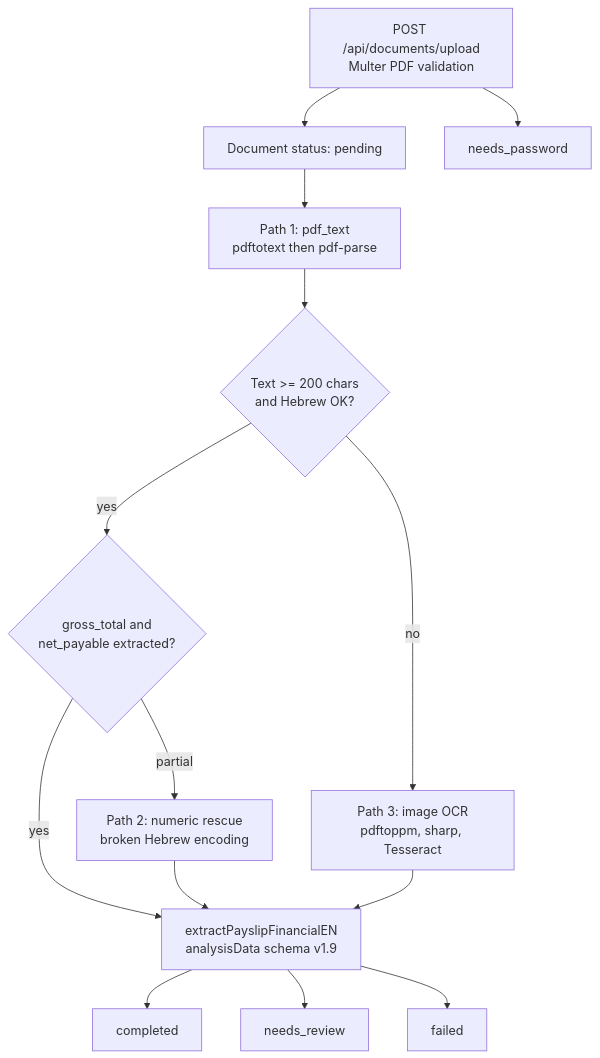
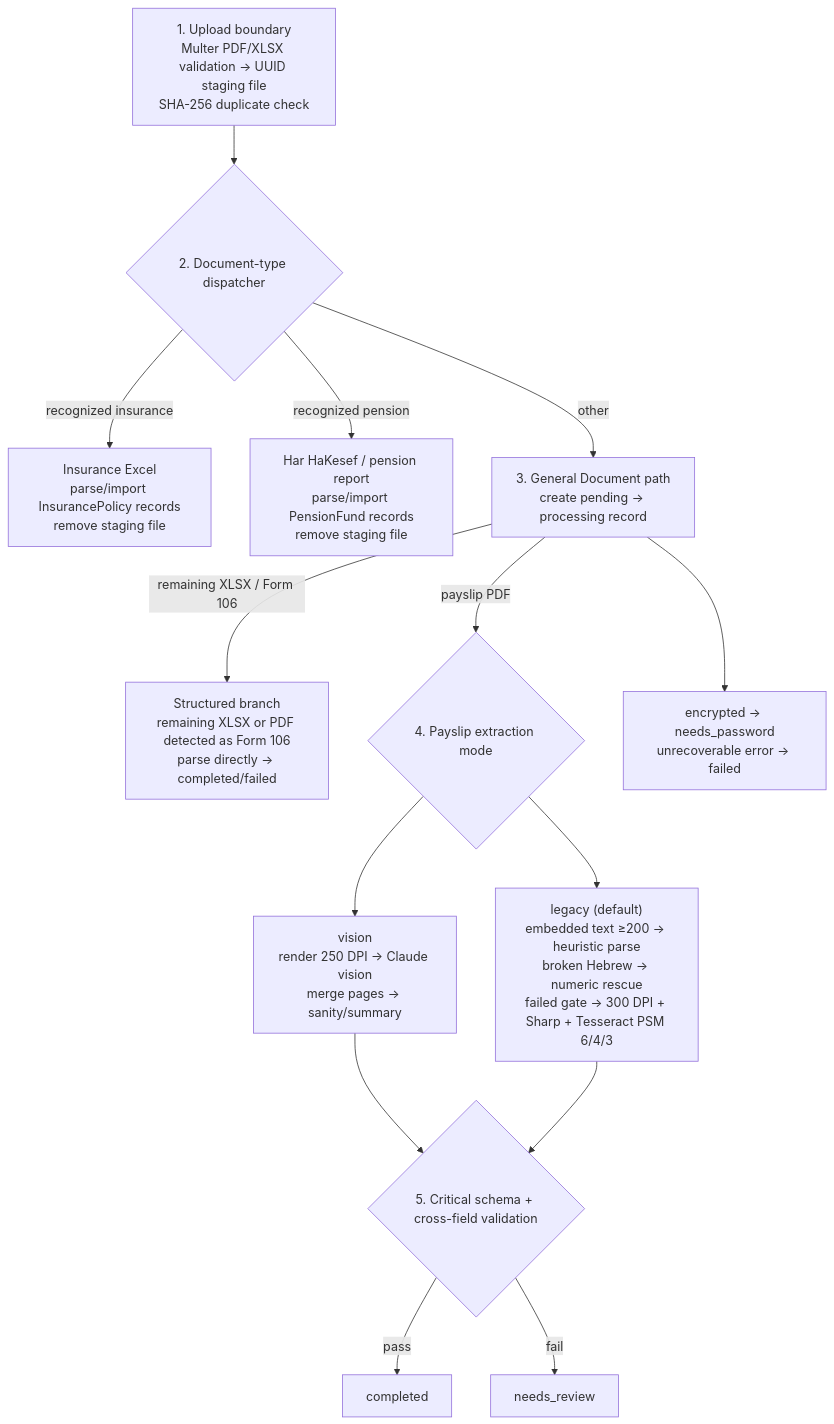
One commit to ofek1210/FinGuide changed the diagram in Final_Project_Book/figures/src/fig02-ocr-pipeline.mmd. Above: the diagram before and after it, drawn with Mermaid. The commit also changed 44 other files, not shown here.

```diff
--- a/Final_Project_Book/figures/src/fig02-ocr-pipeline.mmd
+++ b/Final_Project_Book/figures/src/fig02-ocr-pipeline.mmd
@@ -1,25 +1,28 @@
-flowchart TD
-  Upload["POST /api/documents/upload\nMulter PDF validation"]
-  Pending["Document status: pending"]
-  P1["Path 1: pdf_text\npdftotext then pdf-parse"]
-  P1Gate{"Text >= 200 chars\nand Hebrew OK?"}
-  P1Qual{"gross_total and\nnet_payable extracted?"}
-  P2["Path 2: numeric rescue\nbroken Hebrew encoding"]
-  P3["Path 3: image OCR\npdftoppm, sharp, Tesseract"]
-  Extract["extractPayslipFinancialEN\nanalysisData schema v1.9"]
+flowchart TB
+  Upload["1. Upload boundary\nMulter PDF/XLSX validation → UUID staging file\nSHA-256 duplicate check"]
+  Dispatch{"2. Document-type dispatcher"}
+  Insurance["Insurance Excel\nparse/import InsurancePolicy records\nremove staging file"]
+  Pension["Har HaKesef / pension report\nparse/import PensionFund records\nremove staging file"]
+  General["3. General Document path\ncreate pending → processing record"]
+  Structured["Structured branch\nremaining XLSX or PDF detected as Form 106\nparse directly → completed/failed"]
+  Mode{"4. Payslip extraction mode"}
+  Vision["vision\nrender 250 DPI → Claude vision\nmerge pages → sanity/summary"]
+  Legacy["legacy (default)\nembedded text ≥200 → heuristic parse\nbroken Hebrew → numeric rescue\nfailed gate → 300 DPI + Sharp + Tesseract PSM 6/4/3"]
+  Validate{"5. Critical schema + cross-field validation"}
   Done["completed"]
   Review["needs_review"]
-  Password["needs_password"]
-  Failed["failed"]
+  Errors["encrypted → needs_password\nunrecoverable error → failed"]
 
-  Upload --> Pending --> P1 --> P1Gate
-  P1Gate -->|yes| P1Qual
-  P1Gate -->|no| P3
-  P1Qual -->|yes| Extract
-  P1Qual -->|partial| P2
-  P2 --> Extract
-  P3 --> Extract
-  Extract --> Done
-  Extract --> Review
-  Upload --> Password
-  Extract --> Failed
+  Upload --> Dispatch
+  Dispatch -->|recognized insurance| Insurance
+  Dispatch -->|recognized pension| Pension
+  Dispatch -->|other| General
+  General -->|remaining XLSX / Form 106| Structured
+  General -->|payslip PDF| Mode
+  General --> Errors
+  Mode --> Vision
+  Mode --> Legacy
+  Vision --> Validate
+  Legacy --> Validate
+  Validate -->|pass| Done
+  Validate -->|fail| Review
```
